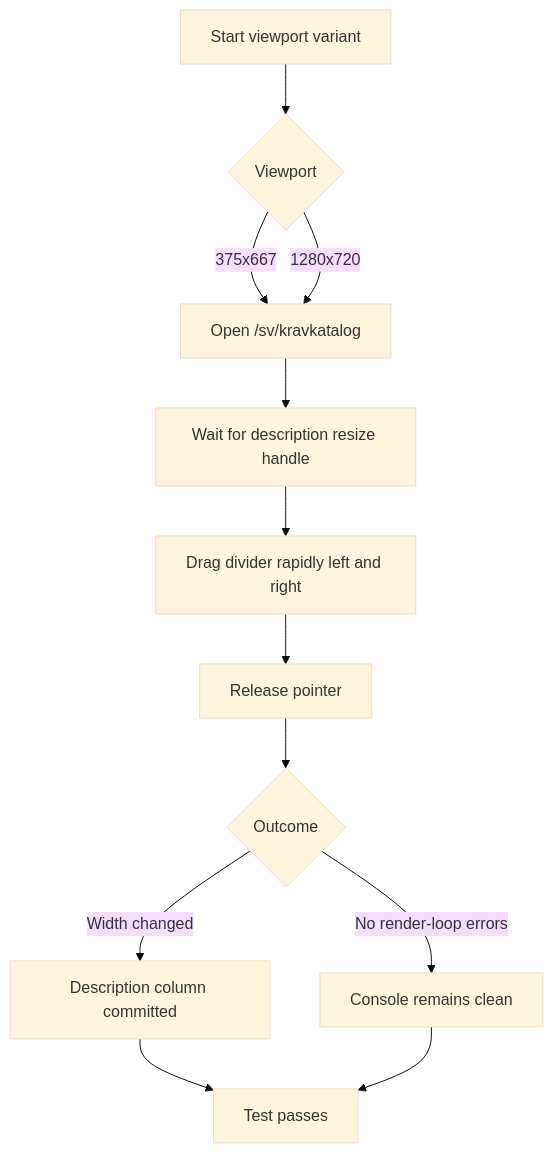
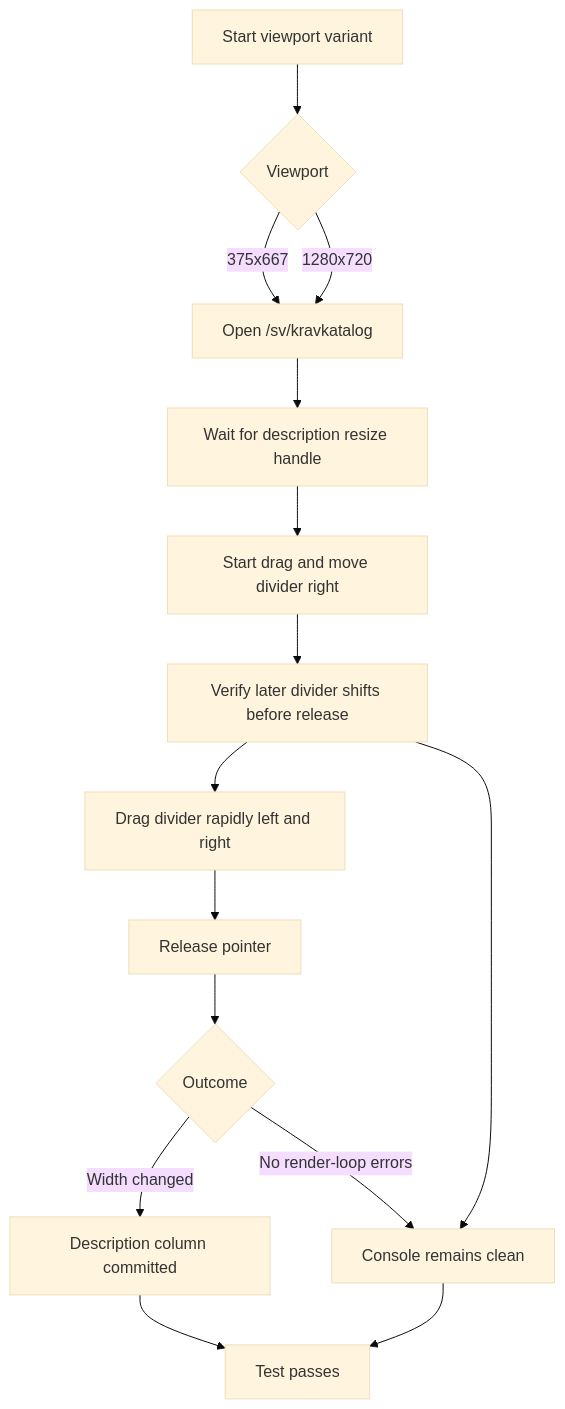
Before and after one commit to viscalyx/Kravhantering: the first of 2 diagrams in tests/integration/requirements-table-resize.md, drawn with Mermaid (base theme). The commit also changed other lines of this file and 4 other files, not shown here.

Commit message:
feat: enhance column resizing behavior to maintain alignment during drag

````diff
--- a/tests/integration/requirements-table-resize.md
+++ b/tests/integration/requirements-table-resize.md
@@ -28,14 +29,17 @@
 ```mermaid
 flowchart TD
     A[Start viewport variant] --> B{Viewport}
     B -- 375x667 --> C[Open /sv/kravkatalog]
     B -- 1280x720 --> C
     C --> D[Wait for description resize handle]
-    D --> E[Drag divider rapidly left and right]
-    E --> F[Release pointer]
-    F --> G{Outcome}
-    G -- Width changed --> H[Description column committed]
-    G -- No render-loop errors --> I[Console remains clean]
-    H --> J[Test passes]
-    I --> J
+    D --> E[Start drag and move divider right]
+    E --> F[Verify later divider shifts before release]
+    F --> G[Drag divider rapidly left and right]
+    G --> H[Release pointer]
+    H --> I{Outcome}
+    I -- Width changed --> J[Description column committed]
+    I -- No render-loop errors --> K[Console remains clean]
+    F --> K
+    J --> L[Test passes]
+    K --> L
 ```
````
